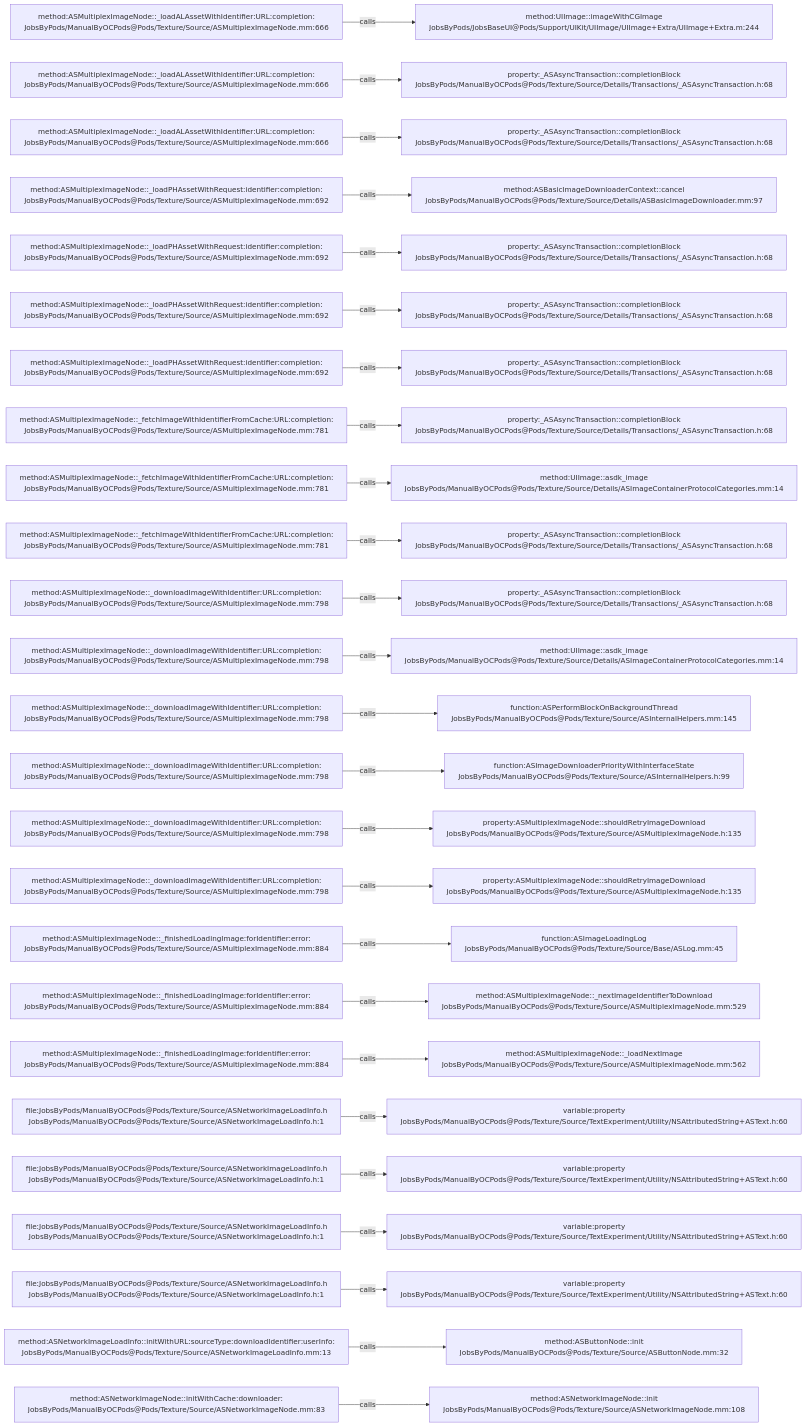
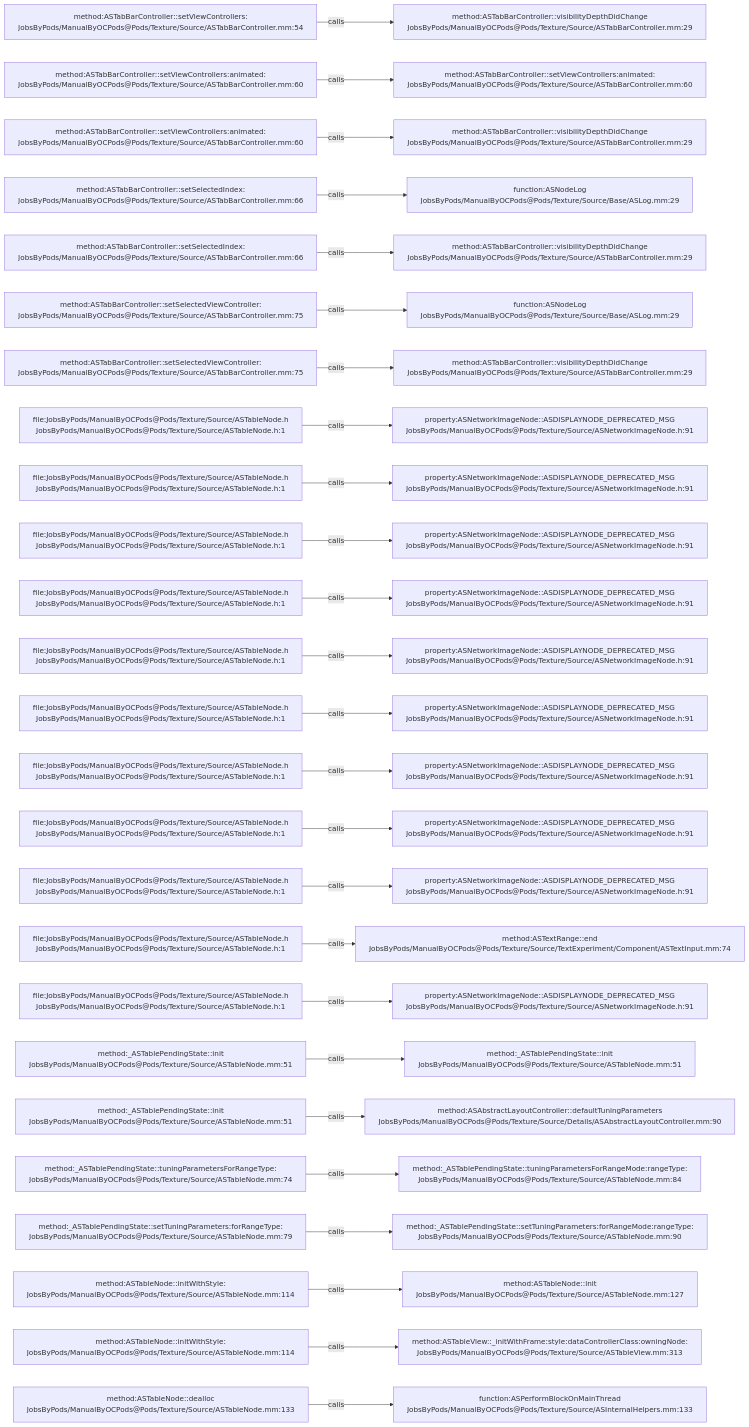
One commit to JobsKits/JobsOCBaseConfigDemo changed the diagram in .codegraph/codegraph.md/graphs/calls-114.md. Above: the diagram before and after it, drawn with Mermaid. The commit also changed 1448 other files, not shown here.

````diff
--- a/.codegraph/codegraph.md/graphs/calls-114.md
+++ b/.codegraph/codegraph.md/graphs/calls-114.md
@@ -13,78 +13,78 @@
 ```mermaid
 flowchart LR
-  S1["method:ASMultiplexImageNode::_loadALAssetWithIdentifier:URL:completion:<br/>JobsByPods/ManualByOCPods@Pods/Texture/Source/ASMultiplexImageNode.mm:666"]
-  T1["method:UIImage::imageWithCGImage<br/>JobsByPods/JobsBaseUI@Pods/Support/UIKit/UIImage/UIImage+Extra/UIImage+Extra.m:244"]
+  S1["method:ASTabBarController::setViewControllers:<br/>JobsByPods/ManualByOCPods@Pods/Texture/Source/ASTabBarController.mm:54"]
+  T1["method:ASTabBarController::visibilityDepthDidChange<br/>JobsByPods/ManualByOCPods@Pods/Texture/Source/ASTabBarController.mm:29"]
   S1 -->|calls| T1
-  S2["method:ASMultiplexImageNode::_loadALAssetWithIdentifier:URL:completion:<br/>JobsByPods/ManualByOCPods@Pods/Texture/Source/ASMultiplexImageNode.mm:666"]
-  T2["property:_ASAsyncTransaction::completionBlock<br/>JobsByPods/ManualByOCPods@Pods/Texture/Source/Details/Transactions/_ASAsyncTransaction.h:68"]
+  S2["method:ASTabBarController::setViewControllers:animated:<br/>JobsByPods/ManualByOCPods@Pods/Texture/Source/ASTabBarController.mm:60"]
+  T2["method:ASTabBarController::setViewControllers:animated:<br/>JobsByPods/ManualByOCPods@Pods/Texture/Source/ASTabBarController.mm:60"]
   S2 -->|calls| T2
-  S3["method:ASMultiplexImageNode::_loadALAssetWithIdentifier:URL:completion:<br/>JobsByPods/ManualByOCPods@Pods/Texture/Source/ASMultiplexImageNode.mm:666"]
-  T3["property:_ASAsyncTransaction::completionBlock<br/>JobsByPods/ManualByOCPods@Pods/Texture/Source/Details/Transactions/_ASAsyncTransaction.h:68"]
+  S3["method:ASTabBarController::setViewControllers:animated:<br/>JobsByPods/ManualByOCPods@Pods/Texture/Source/ASTabBarController.mm:60"]
+  T3["method:ASTabBarController::visibilityDepthDidChange<br/>JobsByPods/ManualByOCPods@Pods/Texture/Source/ASTabBarController.mm:29"]
   S3 -->|calls| T3
-  S4["method:ASMultiplexImageNode::_loadPHAssetWithRequest:identifier:completion:<br/>JobsByPods/ManualByOCPods@Pods/Texture/Source/ASMultiplexImageNode.mm:692"]
-  T4["method:ASBasicImageDownloaderContext::cancel<br/>JobsByPods/ManualByOCPods@Pods/Texture/Source/Details/ASBasicImageDownloader.mm:97"]
+  S4["method:ASTabBarController::setSelectedIndex:<br/>JobsByPods/ManualByOCPods@Pods/Texture/Source/ASTabBarController.mm:66"]
+  T4["function:ASNodeLog<br/>JobsByPods/ManualByOCPods@Pods/Texture/Source/Base/ASLog.mm:29"]
   S4 -->|calls| T4
-  S5["method:ASMultiplexImageNode::_loadPHAssetWithRequest:identifier:completion:<br/>JobsByPods/ManualByOCPods@Pods/Texture/Source/ASMultiplexImageNode.mm:692"]
-  T5["property:_ASAsyncTransaction::completionBlock<br/>JobsByPods/ManualByOCPods@Pods/Texture/Source/Details/Transactions/_ASAsyncTransaction.h:68"]
+  S5["method:ASTabBarController::setSelectedIndex:<br/>JobsByPods/ManualByOCPods@Pods/Texture/Source/ASTabBarController.mm:66"]
+  T5["method:ASTabBarController::visibilityDepthDidChange<br/>JobsByPods/ManualByOCPods@Pods/Texture/Source/ASTabBarController.mm:29"]
   S5 -->|calls| T5
-  S6["method:ASMultiplexImageNode::_loadPHAssetWithRequest:identifier:completion:<br/>JobsByPods/ManualByOCPods@Pods/Texture/Source/ASMultiplexImageNode.mm:692"]
-  T6["property:_ASAsyncTransaction::completionBlock<br/>JobsByPods/ManualByOCPods@Pods/Texture/Source/Details/Transactions/_ASAsyncTransaction.h:68"]
+  S6["method:ASTabBarController::setSelectedViewController:<br/>JobsByPods/ManualByOCPods@Pods/Texture/Source/ASTabBarController.mm:75"]
+  T6["function:ASNodeLog<br/>JobsByPods/ManualByOCPods@Pods/Texture/Source/Base/ASLog.mm:29"]
   S6 -->|calls| T6
-  S7["method:ASMultiplexImageNode::_loadPHAssetWithRequest:identifier:completion:<br/>JobsByPods/ManualByOCPods@Pods/Texture/Source/ASMultiplexImageNode.mm:692"]
-  T7["property:_ASAsyncTransaction::completionBlock<br/>JobsByPods/ManualByOCPods@Pods/Texture/Source/Details/Transactions/_ASAsyncTransaction.h:68"]
+  S7["method:ASTabBarController::setSelectedViewController:<br/>JobsByPods/ManualByOCPods@Pods/Texture/Source/ASTabBarController.mm:75"]
+  T7["method:ASTabBarController::visibilityDepthDidChange<br/>JobsByPods/ManualByOCPods@Pods/Texture/Source/ASTabBarController.mm:29"]
   S7 -->|calls| T7
-  S8["method:ASMultiplexImageNode::_fetchImageWithIdentifierFromCache:URL:completion:<br/>JobsByPods/ManualByOCPods@Pods/Texture/Source/ASMultiplexImageNode.mm:781"]
-  T8["property:_ASAsyncTransaction::completionBlock<br/>JobsByPods/ManualByOCPods@Pods/Texture/Source/Details/Transactions/_ASAsyncTransaction.h:68"]
+  S8["file:JobsByPods/ManualByOCPods@Pods/Texture/Source/ASTableNode.h<br/>JobsByPods/ManualByOCPods@Pods/Texture/Source/ASTableNode.h:1"]
+  T8["property:ASNetworkImageNode::ASDISPLAYNODE_DEPRECATED_MSG<br/>JobsByPods/ManualByOCPods@Pods/Texture/Source/ASNetworkImageNode.h:91"]
   S8 -->|calls| T8
-  S9["method:ASMultiplexImageNode::_fetchImageWithIdentifierFromCache:URL:completion:<br/>JobsByPods/ManualByOCPods@Pods/Texture/Source/ASMultiplexImageNode.mm:781"]
-  T9["method:UIImage::asdk_image<br/>JobsByPods/ManualByOCPods@Pods/Texture/Source/Details/ASImageContainerProtocolCategories.mm:14"]
+  S9["file:JobsByPods/ManualByOCPods@Pods/Texture/Source/ASTableNode.h<br/>JobsByPods/ManualByOCPods@Pods/Texture/Source/ASTableNode.h:1"]
+  T9["property:ASNetworkImageNode::ASDISPLAYNODE_DEPRECATED_MSG<br/>JobsByPods/ManualByOCPods@Pods/Texture/Source/ASNetworkImageNode.h:91"]
   S9 -->|calls| T9
-  S10["method:ASMultiplexImageNode::_fetchImageWithIdentifierFromCache:URL:completion:<br/>JobsByPods/ManualByOCPods@Pods/Texture/Source/ASMultiplexImageNode.mm:781"]
-  T10["property:_ASAsyncTransaction::completionBlock<br/>JobsByPods/ManualByOCPods@Pods/Texture/Source/Details/Transactions/_ASAsyncTransaction.h:68"]
+  S10["file:JobsByPods/ManualByOCPods@Pods/Texture/Source/ASTableNode.h<br/>JobsByPods/ManualByOCPods@Pods/Texture/Source/ASTableNode.h:1"]
+  T10["property:ASNetworkImageNode::ASDISPLAYNODE_DEPRECATED_MSG<br/>JobsByPods/ManualByOCPods@Pods/Texture/Source/ASNetworkImageNode.h:91"]
   S10 -->|calls| T10
-  S11["method:ASMultiplexImageNode::_downloadImageWithIdentifier:URL:completion:<br/>JobsByPods/ManualByOCPods@Pods/Texture/Source/ASMultiplexImageNode.mm:798"]
-  T11["property:_ASAsyncTransaction::completionBlock<br/>JobsByPods/ManualByOCPods@Pods/Texture/Source/Details/Transactions/_ASAsyncTransaction.h:68"]
+  S11["file:JobsByPods/ManualByOCPods@Pods/Texture/Source/ASTableNode.h<br/>JobsByPods/ManualByOCPods@Pods/Texture/Source/ASTableNode.h:1"]
+  T11["property:ASNetworkImageNode::ASDISPLAYNODE_DEPRECATED_MSG<br/>JobsByPods/ManualByOCPods@Pods/Texture/Source/ASNetworkImageNode.h:91"]
   S11 -->|calls| T11
-  S12["method:ASMultiplexImageNode::_downloadImageWithIdentifier:URL:completion:<br/>JobsByPods/ManualByOCPods@Pods/Texture/Source/ASMultiplexImageNode.mm:798"]
-  T12["method:UIImage::asdk_image<br/>JobsByPods/ManualByOCPods@Pods/Texture/Source/Details/ASImageContainerProtocolCategories.mm:14"]
+  S12["file:JobsByPods/ManualByOCPods@Pods/Texture/Source/ASTableNode.h<br/>JobsByPods/ManualByOCPods@Pods/Texture/Source/ASTableNode.h:1"]
+  T12["property:ASNetworkImageNode::ASDISPLAYNODE_DEPRECATED_MSG<br/>JobsByPods/ManualByOCPods@Pods/Texture/Source/ASNetworkImageNode.h:91"]
   S12 -->|calls| T12
-  S13["method:ASMultiplexImageNode::_downloadImageWithIdentifier:URL:completion:<br/>JobsByPods/ManualByOCPods@Pods/Texture/Source/ASMultiplexImageNode.mm:798"]
-  T13["function:ASPerformBlockOnBackgroundThread<br/>JobsByPods/ManualByOCPods@Pods/Texture/Source/ASInternalHelpers.mm:145"]
+  S13["file:JobsByPods/ManualByOCPods@Pods/Texture/Source/ASTableNode.h<br/>JobsByPods/ManualByOCPods@Pods/Texture/Source/ASTableNode.h:1"]
+  T13["property:ASNetworkImageNode::ASDISPLAYNODE_DEPRECATED_MSG<br/>JobsByPods/ManualByOCPods@Pods/Texture/Source/ASNetworkImageNode.h:91"]
   S13 -->|calls| T13
-  S14["method:ASMultiplexImageNode::_downloadImageWithIdentifier:URL:completion:<br/>JobsByPods/ManualByOCPods@Pods/Texture/Source/ASMultiplexImageNode.mm:798"]
-  T14["function:ASImageDownloaderPriorityWithInterfaceState<br/>JobsByPods/ManualByOCPods@Pods/Texture/Source/ASInternalHelpers.h:99"]
+  S14["file:JobsByPods/ManualByOCPods@Pods/Texture/Source/ASTableNode.h<br/>JobsByPods/ManualByOCPods@Pods/Texture/Source/ASTableNode.h:1"]
+  T14["property:ASNetworkImageNode::ASDISPLAYNODE_DEPRECATED_MSG<br/>JobsByPods/ManualByOCPods@Pods/Texture/Source/ASNetworkImageNode.h:91"]
   S14 -->|calls| T14
-  S15["method:ASMultiplexImageNode::_downloadImageWithIdentifier:URL:completion:<br/>JobsByPods/ManualByOCPods@Pods/Texture/Source/ASMultiplexImageNode.mm:798"]
-  T15["property:ASMultiplexImageNode::shouldRetryImageDownload<br/>JobsByPods/ManualByOCPods@Pods/Texture/Source/ASMultiplexImageNode.h:135"]
+  S15["file:JobsByPods/ManualByOCPods@Pods/Texture/Source/ASTableNode.h<br/>JobsByPods/ManualByOCPods@Pods/Texture/Source/ASTableNode.h:1"]
+  T15["property:ASNetworkImageNode::ASDISPLAYNODE_DEPRECATED_MSG<br/>JobsByPods/ManualByOCPods@Pods/Texture/Source/ASNetworkImageNode.h:91"]
   S15 -->|calls| T15
-  S16["method:ASMultiplexImageNode::_downloadImageWithIdentifier:URL:completion:<br/>JobsByPods/ManualByOCPods@Pods/Texture/Source/ASMultiplexImageNode.mm:798"]
-  T16["property:ASMultiplexImageNode::shouldRetryImageDownload<br/>JobsByPods/ManualByOCPods@Pods/Texture/Source/ASMultiplexImageNode.h:135"]
+  S16["file:JobsByPods/ManualByOCPods@Pods/Texture/Source/ASTableNode.h<br/>JobsByPods/ManualByOCPods@Pods/Texture/Source/ASTableNode.h:1"]
+  T16["property:ASNetworkImageNode::ASDISPLAYNODE_DEPRECATED_MSG<br/>JobsByPods/ManualByOCPods@Pods/Texture/Source/ASNetworkImageNode.h:91"]
   S16 -->|calls| T16
-  S17["method:ASMultiplexImageNode::_finishedLoadingImage:forIdentifier:error:<br/>JobsByPods/ManualByOCPods@Pods/Texture/Source/ASMultiplexImageNode.mm:884"]
-  T17["function:ASImageLoadingLog<br/>JobsByPods/ManualByOCPods@Pods/Texture/Source/Base/ASLog.mm:45"]
+  S17["file:JobsByPods/ManualByOCPods@Pods/Texture/Source/ASTableNode.h<br/>JobsByPods/ManualByOCPods@Pods/Texture/Source/ASTableNode.h:1"]
+  T17["method:ASTextRange::end<br/>JobsByPods/ManualByOCPods@Pods/Texture/Source/TextExperiment/Component/ASTextInput.mm:74"]
   S17 -->|calls| T17
-  S18["method:ASMultiplexImageNode::_finishedLoadingImage:forIdentifier:error:<br/>JobsByPods/ManualByOCPods@Pods/Texture/Source/ASMultiplexImageNode.mm:884"]
-  T18["method:ASMultiplexImageNode::_nextImageIdentifierToDownload<br/>JobsByPods/ManualByOCPods@Pods/Texture/Source/ASMultiplexImageNode.mm:529"]
+  S18["file:JobsByPods/ManualByOCPods@Pods/Texture/Source/ASTableNode.h<br/>JobsByPods/ManualByOCPods@Pods/Texture/Source/ASTableNode.h:1"]
+  T18["property:ASNetworkImageNode::ASDISPLAYNODE_DEPRECATED_MSG<br/>JobsByPods/ManualByOCPods@Pods/Texture/Source/ASNetworkImageNode.h:91"]
   S18 -->|calls| T18
-  S19["method:ASMultiplexImageNode::_finishedLoadingImage:forIdentifier:error:<br/>JobsByPods/ManualByOCPods@Pods/Texture/Source/ASMultiplexImageNode.mm:884"]
-  T19["method:ASMultiplexImageNode::_loadNextImage<br/>JobsByPods/ManualByOCPods@Pods/Texture/Source/ASMultiplexImageNode.mm:562"]
+  S19["method:_ASTablePendingState::init<br/>JobsByPods/ManualByOCPods@Pods/Texture/Source/ASTableNode.mm:51"]
+  T19["method:_ASTablePendingState::init<br/>JobsByPods/ManualByOCPods@Pods/Texture/Source/ASTableNode.mm:51"]
   S19 -->|calls| T19
-  S20["file:JobsByPods/ManualByOCPods@Pods/Texture/Source/ASNetworkImageLoadInfo.h<br/>JobsByPods/ManualByOCPods@Pods/Texture/Source/ASNetworkImageLoadInfo.h:1"]
-  T20["variable:property<br/>JobsByPods/ManualByOCPods@Pods/Texture/Source/TextExperiment/Utility/NSAttributedString+ASText.h:60"]
+  S20["method:_ASTablePendingState::init<br/>JobsByPods/ManualByOCPods@Pods/Texture/Source/ASTableNode.mm:51"]
+  T20["method:ASAbstractLayoutController::defaultTuningParameters<br/>JobsByPods/ManualByOCPods@Pods/Texture/Source/Details/ASAbstractLayoutController.mm:90"]
   S20 -->|calls| T20
-  S21["file:JobsByPods/ManualByOCPods@Pods/Texture/Source/ASNetworkImageLoadInfo.h<br/>JobsByPods/ManualByOCPods@Pods/Texture/Source/ASNetworkImageLoadInfo.h:1"]
-  T21["variable:property<br/>JobsByPods/ManualByOCPods@Pods/Texture/Source/TextExperiment/Utility/NSAttributedString+ASText.h:60"]
+  S21["method:_ASTablePendingState::tuningParametersForRangeType:<br/>JobsByPods/ManualByOCPods@Pods/Texture/Source/ASTableNode.mm:74"]
+  T21["method:_ASTablePendingState::tuningParametersForRangeMode:rangeType:<br/>JobsByPods/ManualByOCPods@Pods/Texture/Source/ASTableNode.mm:84"]
   S21 -->|calls| T21
-  S22["file:JobsByPods/ManualByOCPods@Pods/Texture/Source/ASNetworkImageLoadInfo.h<br/>JobsByPods/ManualByOCPods@Pods/Texture/Source/ASNetworkImageLoadInfo.h:1"]
-  T22["variable:property<br/>JobsByPods/ManualByOCPods@Pods/Texture/Source/TextExperiment/Utility/NSAttributedString+ASText.h:60"]
+  S22["method:_ASTablePendingState::setTuningParameters:forRangeType:<br/>JobsByPods/ManualByOCPods@Pods/Texture/Source/ASTableNode.mm:79"]
+  T22["method:_ASTablePendingState::setTuningParameters:forRangeMode:rangeType:<br/>JobsByPods/ManualByOCPods@Pods/Texture/Source/ASTableNode.mm:90"]
   S22 -->|calls| T22
-  S23["file:JobsByPods/ManualByOCPods@Pods/Texture/Source/ASNetworkImageLoadInfo.h<br/>JobsByPods/ManualByOCPods@Pods/Texture/Source/ASNetworkImageLoadInfo.h:1"]
-  T23["variable:property<br/>JobsByPods/ManualByOCPods@Pods/Texture/Source/TextExperiment/Utility/NSAttributedString+ASText.h:60"]
+  S23["method:ASTableNode::initWithStyle:<br/>JobsByPods/ManualByOCPods@Pods/Texture/Source/ASTableNode.mm:114"]
+  T23["method:ASTableNode::init<br/>JobsByPods/ManualByOCPods@Pods/Texture/Source/ASTableNode.mm:127"]
   S23 -->|calls| T23
-  S24["method:ASNetworkImageLoadInfo::initWithURL:sourceType:downloadIdentifier:userInfo:<br/>JobsByPods/ManualByOCPods@Pods/Texture/Source/ASNetworkImageLoadInfo.mm:13"]
-  T24["method:ASButtonNode::init<br/>JobsByPods/ManualByOCPods@Pods/Texture/Source/ASButtonNode.mm:32"]
+  S24["method:ASTableNode::initWithStyle:<br/>JobsByPods/ManualByOCPods@Pods/Texture/Source/ASTableNode.mm:114"]
+  T24["method:ASTableView::_initWithFrame:style:dataControllerClass:owningNode:<br/>JobsByPods/ManualByOCPods@Pods/Texture/Source/ASTableView.mm:313"]
   S24 -->|calls| T24
-  S25["method:ASNetworkImageNode::initWithCache:downloader:<br/>JobsByPods/ManualByOCPods@Pods/Texture/Source/ASNetworkImageNode.mm:83"]
-  T25["method:ASNetworkImageNode::init<br/>JobsByPods/ManualByOCPods@Pods/Texture/Source/ASNetworkImageNode.mm:108"]
+  S25["method:ASTableNode::dealloc<br/>JobsByPods/ManualByOCPods@Pods/Texture/Source/ASTableNode.mm:133"]
+  T25["function:ASPerformBlockOnMainThread<br/>JobsByPods/ManualByOCPods@Pods/Texture/Source/ASInternalHelpers.mm:133"]
   S25 -->|calls| T25
 ```
````
